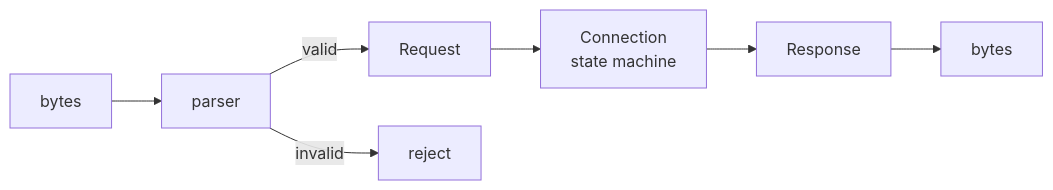
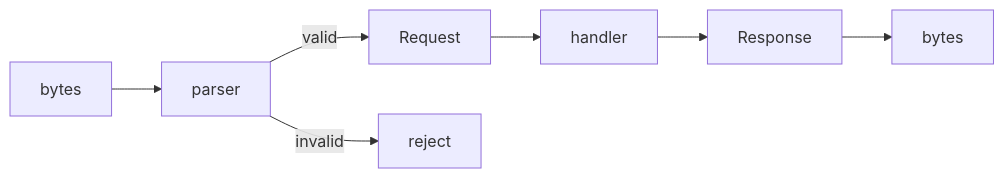
Before and after one commit to keix/fragile: the first of 2 diagrams in README.md, drawn with Mermaid. The commit also changed other lines of this file and 2 other files, not shown here.

````diff
--- a/README.md
+++ b/README.md
@@ -30,9 +33,9 @@
 ```mermaid
 flowchart LR
     A[bytes] --> B[parser]
     B -->|valid| C[Request]
     B -->|invalid| D[reject]
-    C --> E[Connection<br>state machine ]
+    C --> E[handler]
     E --> F[Response]
     F --> G[bytes]
 ```
````
